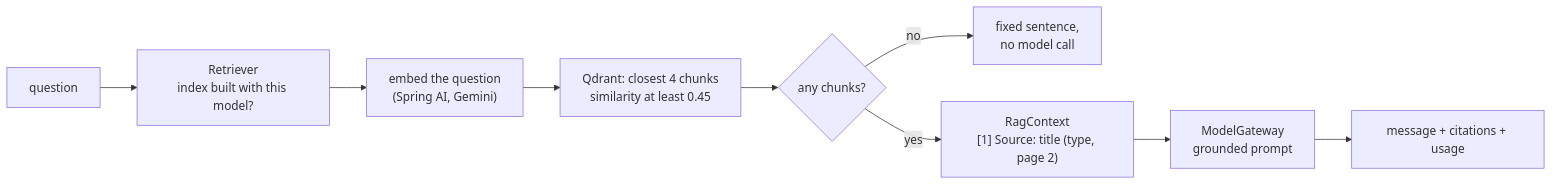
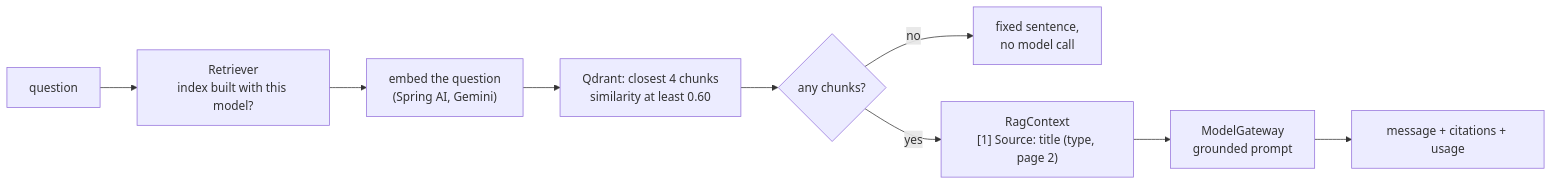
The third of 6 diagrams in docs/stages/J3-documents-and-rag.md (dsailajakrishna0-ship-it/customer-compass-v3-java), drawn with Mermaid before and after one commit. The commit also changed other lines of this file and 11 other files, not shown here.

````diff
--- a/docs/stages/J3-documents-and-rag.md
+++ b/docs/stages/J3-documents-and-rag.md
@@ -89,11 +89,11 @@
 ```mermaid
 flowchart LR
   q["question"] --> check["Retriever<br/>index built with this model?"]
   check --> embed["embed the question<br/>(Spring AI, Gemini)"]
-  embed --> search["Qdrant: closest 4 chunks<br/>similarity at least 0.45"]
+  embed --> search["Qdrant: closest 4 chunks<br/>similarity at least 0.60"]
   search --> none{"any chunks?"}
   none -->|"no"| said["fixed sentence,<br/>no model call"]
   none -->|"yes"| ctx["RagContext<br/>[1] Source: title (type, page 2)"]
   ctx --> gw["ModelGateway<br/>grounded prompt"]
   gw --> out["message + citations + usage"]
 ```
````
